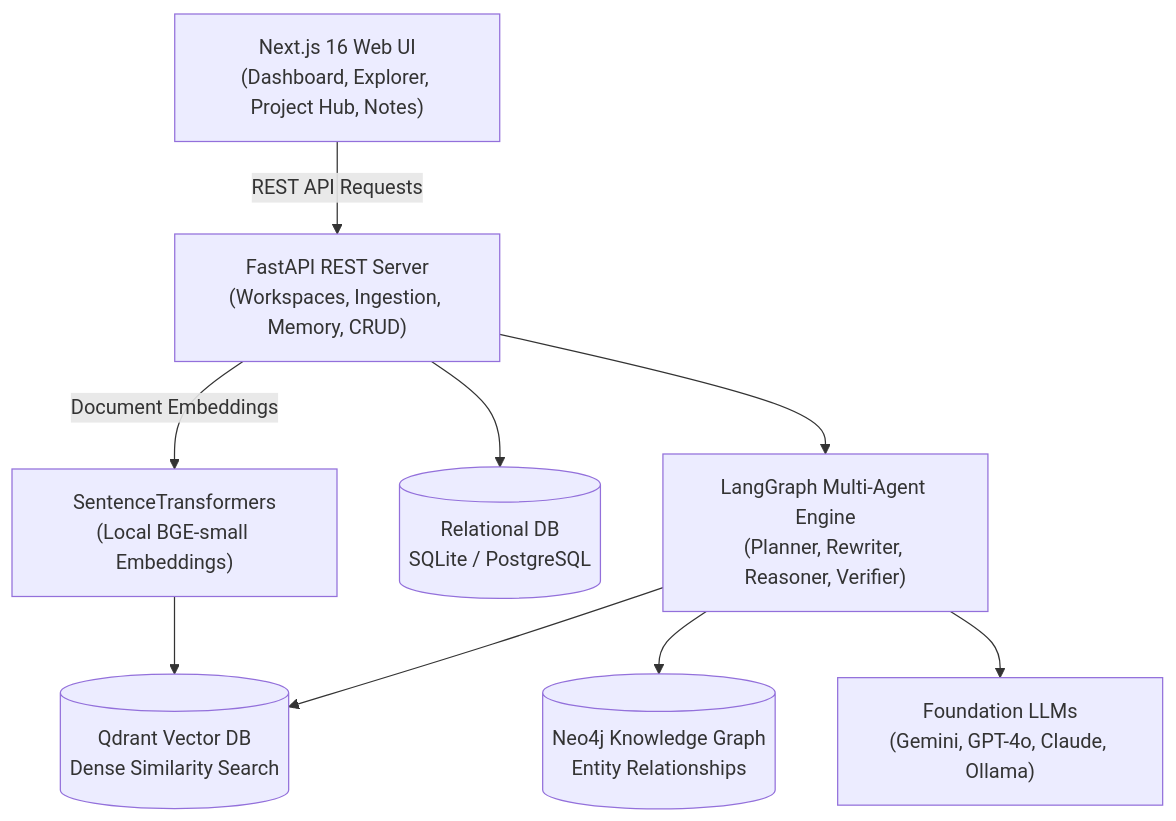
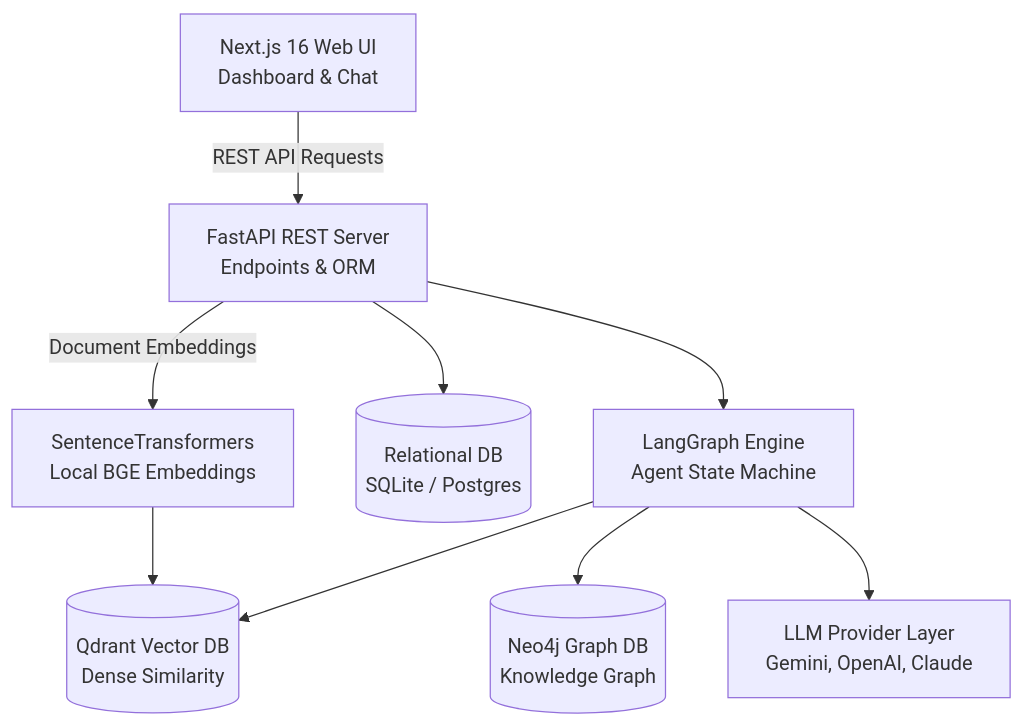
Before and after one commit to Mubeennaa12/ResearchHub: the first of 3 diagrams in README.md, drawn with Mermaid. The commit also changed other lines of this file, not shown here.

Commit message:
updated the diagrams with clear view

````diff
--- a/README.md
+++ b/README.md
@@ -50,20 +50,20 @@
 ```mermaid
 graph TD
-    UI["Next.js 16 Web UI<br/>(Dashboard, Explorer, Project Hub, Notes)"]
-    FastAPI["FastAPI REST Server<br/>(Workspaces, Ingestion, Memory, CRUD)"]
-    Orchestrator["LangGraph Multi-Agent Engine<br/>(Planner, Rewriter, Reasoner, Verifier)"]
-    Qdrant[("Qdrant Vector DB<br/>Dense Similarity Search")]
-    Neo4j[("Neo4j Knowledge Graph<br/>Entity Relationships")]
-    SQL[("Relational DB<br/>SQLite / PostgreSQL")]
-    LLMs["Foundation LLMs<br/>(Gemini, GPT-4o, Claude, Ollama)"]
-    Embed["SentenceTransformers<br/>(Local BGE-small Embeddings)"]
+    UI["Next.js 16 Web UI<br/>Dashboard & Chat"]
+    FastAPI["FastAPI REST Server<br/>Endpoints & ORM"]
+    Orchestrator["LangGraph Engine<br/>Agent State Machine"]
+    Qdrant[("Qdrant Vector DB<br/>Dense Similarity")]
+    Neo4j[("Neo4j Graph DB<br/>Knowledge Graph")]
+    SQL[("Relational DB<br/>SQLite / Postgres")]
+    LLMs["LLM Provider Layer<br/>Gemini, OpenAI, Claude"]
+    Embed["SentenceTransformers<br/>Local BGE Embeddings"]
 
     UI -->|REST API Requests| FastAPI
     FastAPI --> SQL
     FastAPI -->|Document Embeddings| Embed
     Embed --> Qdrant
     FastAPI --> Orchestrator
     Orchestrator --> Qdrant
     Orchestrator --> Neo4j
     Orchestrator --> LLMs
 ```
````
